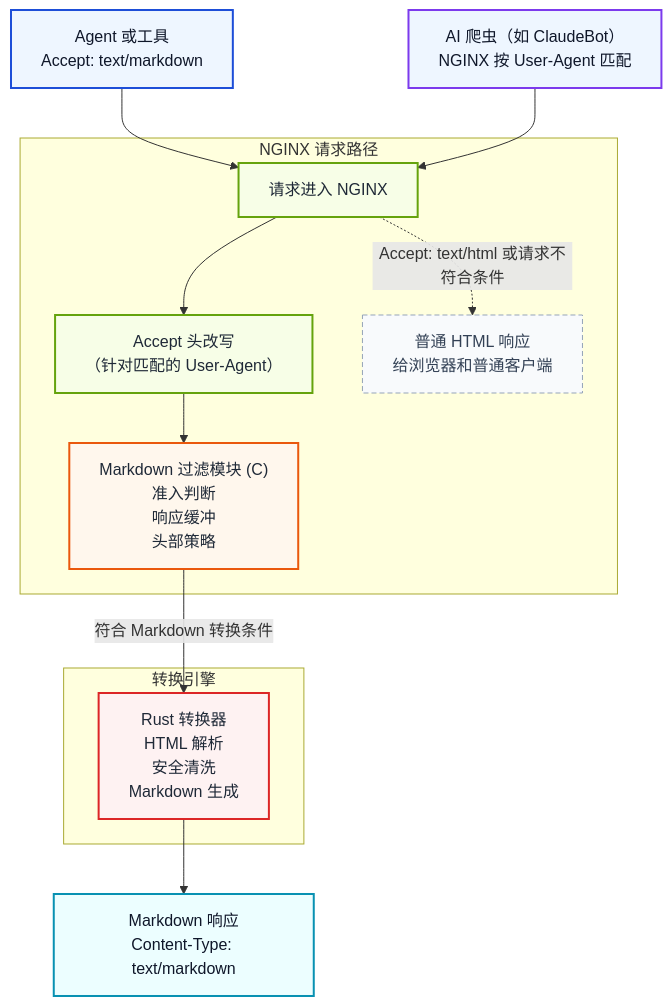
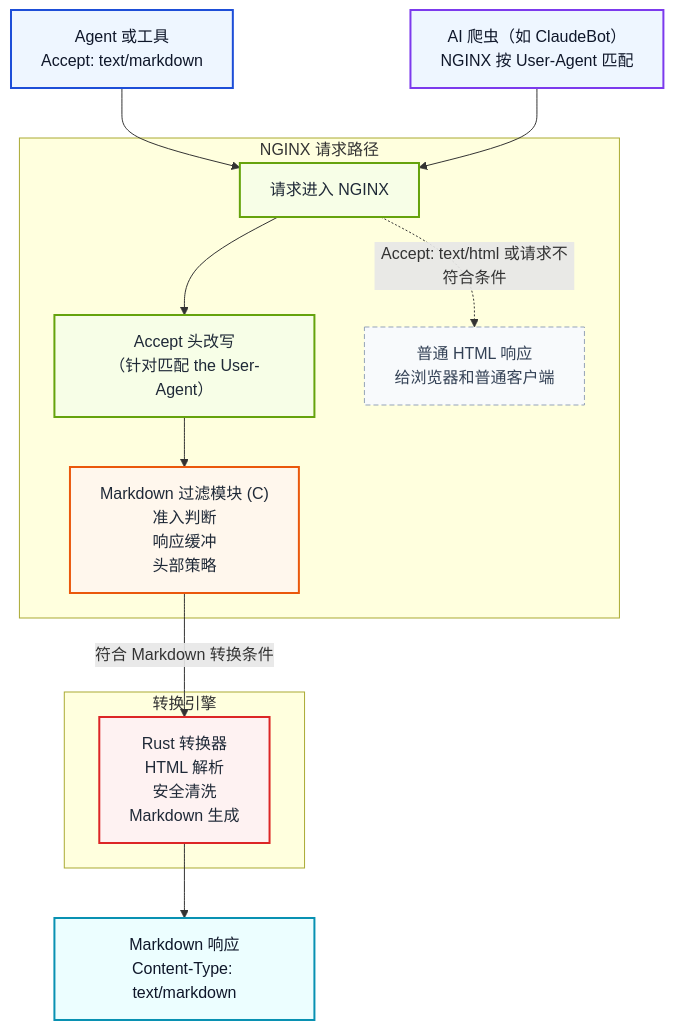
The diagram in README_zh-CN.md (cnkang/nginx-markdown-for-agents), drawn with Mermaid before and after one commit. The commit also changed other lines of this file and 1 other file, not shown here.

````diff
--- a/README_zh-CN.md
+++ b/README_zh-CN.md
@@ -305,43 +258,43 @@
 ```mermaid
 flowchart TD
     client["Agent 或工具<br/>Accept: text/markdown"]
     bot["AI 爬虫（如 ClaudeBot）<br/>NGINX 按 User-Agent 匹配"]
 
     subgraph edge["NGINX 请求路径"]
         ingress["请求进入 NGINX"]
-        rewrite["Accept 头改写<br/>（针对匹配的 User-Agent）"]
+        rewrite["Accept 头改写<br/>（针对匹配 the User-Agent）"]
         filter["Markdown 过滤模块 (C)<br/>准入判断<br/>响应缓冲<br/>头部策略"]
         passthrough["普通 HTML 响应<br/>给浏览器和普通客户端"]
     end
 
     subgraph engine["转换引擎"]
         rust["Rust 转换器<br/>HTML 解析<br/>安全清洗<br/>Markdown 生成"]
     end
 
     markdown["Markdown 响应<br/>Content-Type: text/markdown"]
 
     client --> ingress
     bot --> ingress
     ingress --> rewrite
     rewrite --> filter
     filter -->|符合 Markdown 转换条件| rust
     rust --> markdown
     ingress -.->|Accept: text/html 或请求不符合条件| passthrough
 
     classDef client fill:#eef6ff,stroke:#1d4ed8,color:#0f172a,stroke-width:2px;
     classDef bot fill:#eef6ff,stroke:#7c3aed,color:#0f172a,stroke-width:2px;
     classDef nginx fill:#f7fee7,stroke:#65a30d,color:#1f2937,stroke-width:2px;
     classDef module fill:#fff7ed,stroke:#ea580c,color:#1f2937,stroke-width:2px;
     classDef engine fill:#fef2f2,stroke:#dc2626,color:#1f2937,stroke-width:2px;
     classDef output fill:#ecfeff,stroke:#0891b2,color:#0f172a,stroke-width:2px;
     classDef passthrough fill:#f8fafc,stroke:#94a3b8,color:#334155,stroke-dasharray: 5 3;
 
     class client client;
     class bot bot;
     class ingress nginx;
     class rewrite nginx;
     class filter module;
     class rust engine;
     class markdown output;
     class passthrough passthrough;
 ```
````
